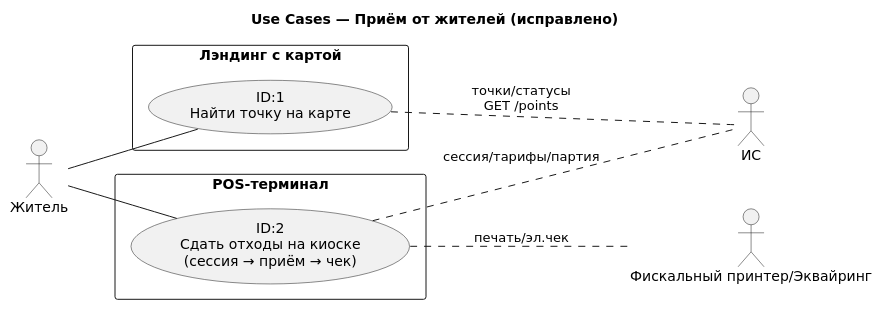
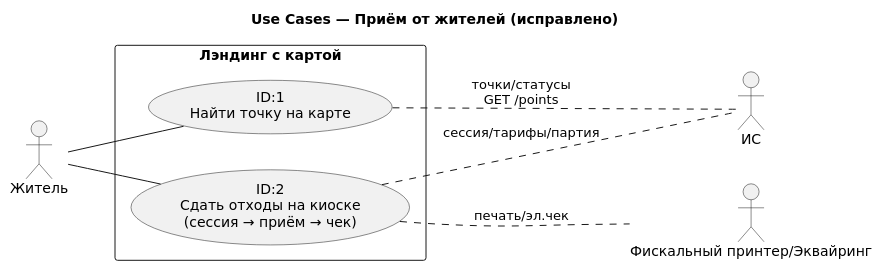
The diagram in docs/1/usecase.puml (r4m63/Waste-Management), drawn with PlantUML before and after one commit. The commit also changed 2 other files, not shown here.

```diff
--- a/docs/1/usecase.puml
+++ b/docs/1/usecase.puml
@@ -1,24 +1,22 @@
 @startuml
 title Use Cases — Приём от жителей (исправлено)
 left to right direction
 skinparam defaultFontName "DejaVu Sans"
 
 actor "Житель" as Resident
 actor "ИС" as Core
 actor "Фискальный принтер/Эквайринг" as Printer
 
 rectangle "Лэндинг с картой" as Landing {
   usecase "ID:1\nНайти точку на карте" as UC1
-}
+  usecase "ID:2\nСдать отходы на киоске\n(сессия → приём → чек)" as UC2
 
-rectangle "POS-терминал" as POS {
-  usecase "ID:2\nСдать отходы на киоске\n(сессия → приём → чек)" as UC2
 }
 
 Resident -- UC1
 Resident -- UC2
 
 UC1 .. Core : точки/статусы\nGET /points
 UC2 .. Core : сессия/тарифы/партия
 UC2 .. Printer : печать/эл.чек
 @enduml
```
